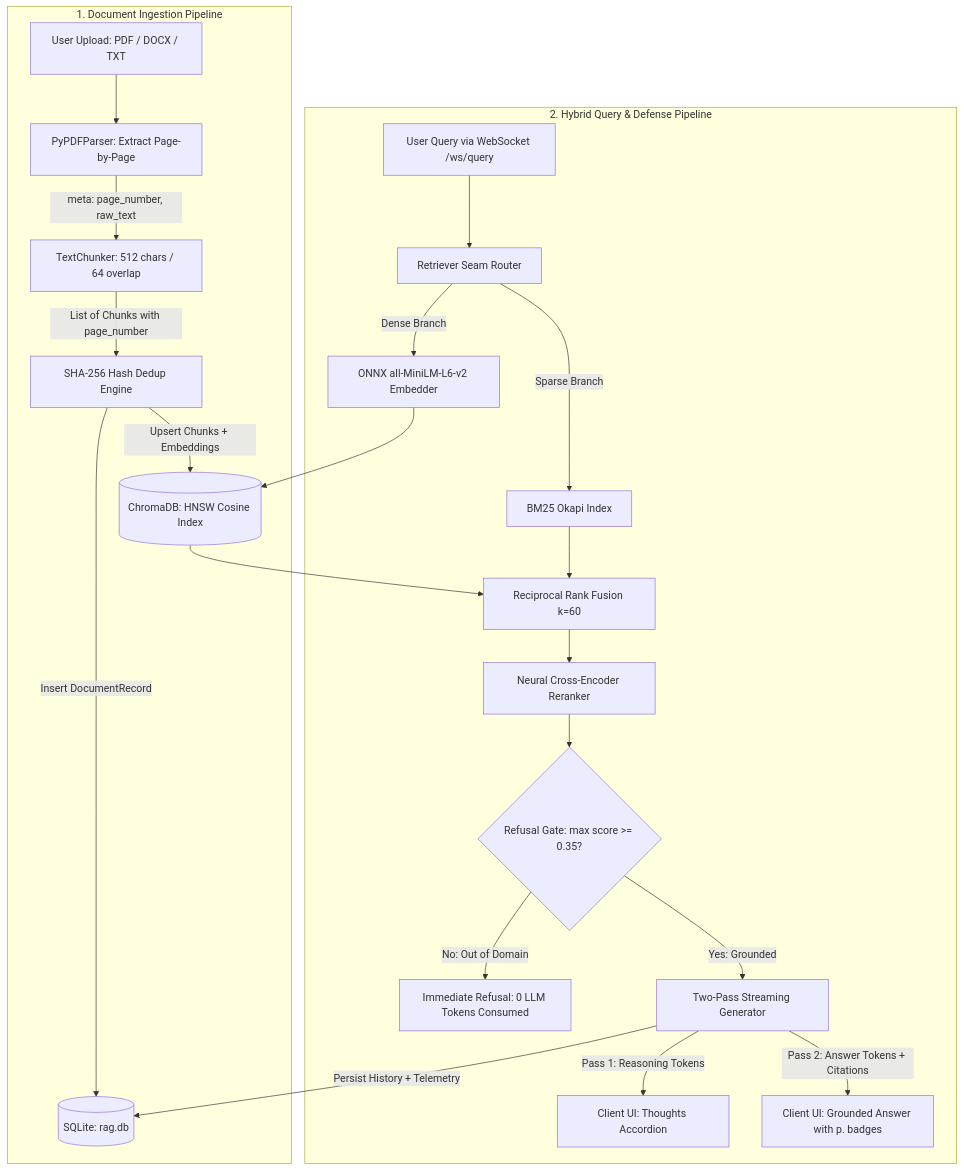
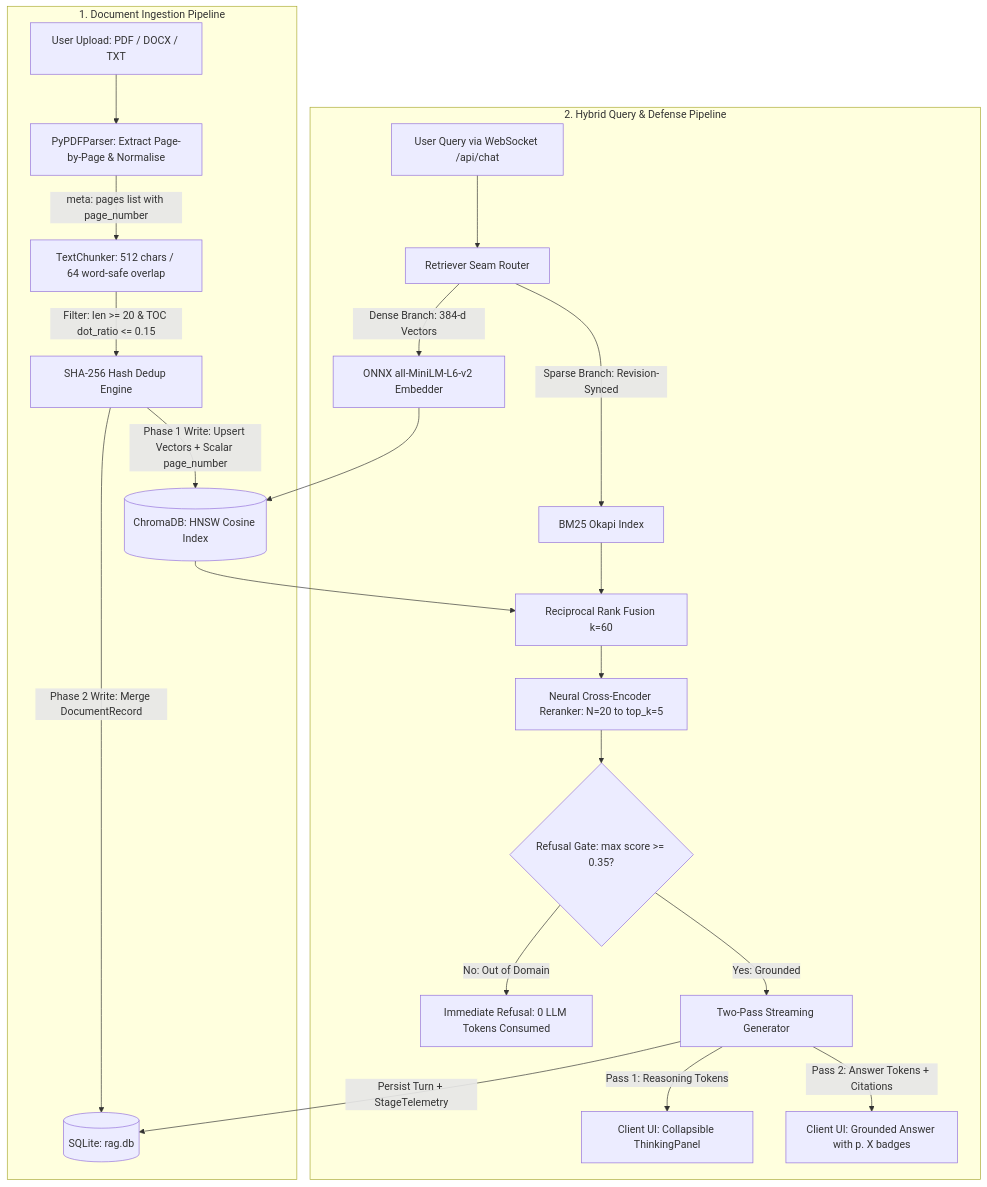
One commit to mintopubali/ai-research-assistant changed the first of 3 diagrams in docs/PROJECT_EXPLAINED_BANGLA_A_TO_Z.md. Above: the diagram before and after it, drawn with Mermaid. The commit also changed other lines of this file, not shown here.

````diff
--- a/docs/PROJECT_EXPLAINED_BANGLA_A_TO_Z.md
+++ b/docs/PROJECT_EXPLAINED_BANGLA_A_TO_Z.md
@@ -195,26 +390,26 @@
 ```mermaid
 flowchart TD
     subgraph Ingestion_Pipeline ["1. Document Ingestion Pipeline"]
-        A[User Upload: PDF / DOCX / TXT] --> B[PyPDFParser: Extract Page-by-Page]
-        B -->|meta: page_number, raw_text| C[TextChunker: 512 chars / 64 overlap]
-        C -->|List of Chunks with page_number| D[SHA-256 Hash Dedup Engine]
-        D -->|Upsert Chunks + Embeddings| E[(ChromaDB: HNSW Cosine Index)]
-        D -->|Insert DocumentRecord| F[(SQLite: rag.db)]
+        A[User Upload: PDF / DOCX / TXT] --> B[PyPDFParser: Extract Page-by-Page & Normalise]
+        B -->|meta: pages list with page_number| C[TextChunker: 512 chars / 64 word-safe overlap]
+        C -->|Filter: len >= 20 & TOC dot_ratio <= 0.15| D[SHA-256 Hash Dedup Engine]
+        D -->|Phase 1 Write: Upsert Vectors + Scalar page_number| E[(ChromaDB: HNSW Cosine Index)]
+        D -->|Phase 2 Write: Merge DocumentRecord| F[(SQLite: rag.db)]
     end
 
     subgraph Query_Pipeline ["2. Hybrid Query & Defense Pipeline"]
-        G[User Query via WebSocket /ws/query] --> H[Retriever Seam Router]
-        H -->|Sparse Branch| I[BM25 Okapi Index]
-        H -->|Dense Branch| J[ONNX all-MiniLM-L6-v2 Embedder]
+        G[User Query via WebSocket /api/chat] --> H[Retriever Seam Router]
+        H -->|Sparse Branch: Revision-Synced| I[BM25 Okapi Index]
+        H -->|Dense Branch: 384-d Vectors| J[ONNX all-MiniLM-L6-v2 Embedder]
         J --> E
         I --> K[Reciprocal Rank Fusion k=60]
         E --> K
-        K --> L[Neural Cross-Encoder Reranker]
+        K --> L[Neural Cross-Encoder Reranker: N=20 to top_k=5]
         L --> M{Refusal Gate: max score >= 0.35?}
         M -->|No: Out of Domain| N[Immediate Refusal: 0 LLM Tokens Consumed]
         M -->|Yes: Grounded| O[Two-Pass Streaming Generator]
-        O -->|Pass 1: Reasoning Tokens| P[Client UI: Thoughts Accordion]
-        O -->|Pass 2: Answer Tokens + Citations| Q[Client UI: Grounded Answer with p. badges]
-        O -->|Persist History + Telemetry| F
+        O -->|Pass 1: Reasoning Tokens| P[Client UI: Collapsible ThinkingPanel]
+        O -->|Pass 2: Answer Tokens + Citations| Q[Client UI: Grounded Answer with p. X badges]
+        O -->|Persist Turn + StageTelemetry| F
     end
 ```
````
